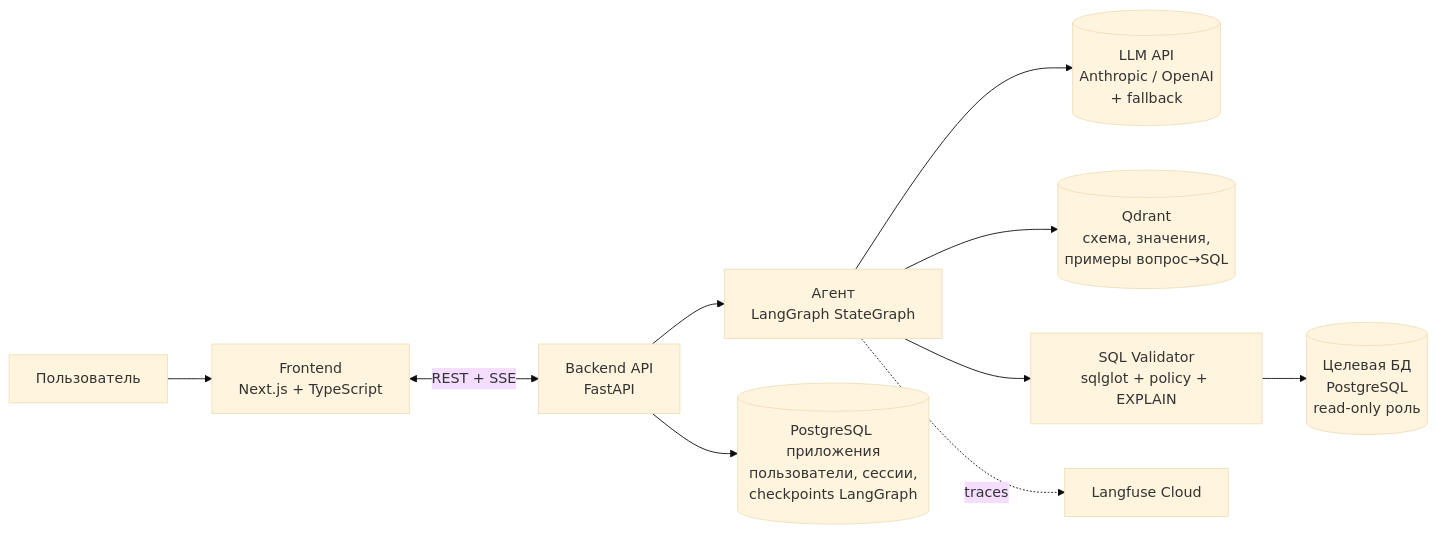
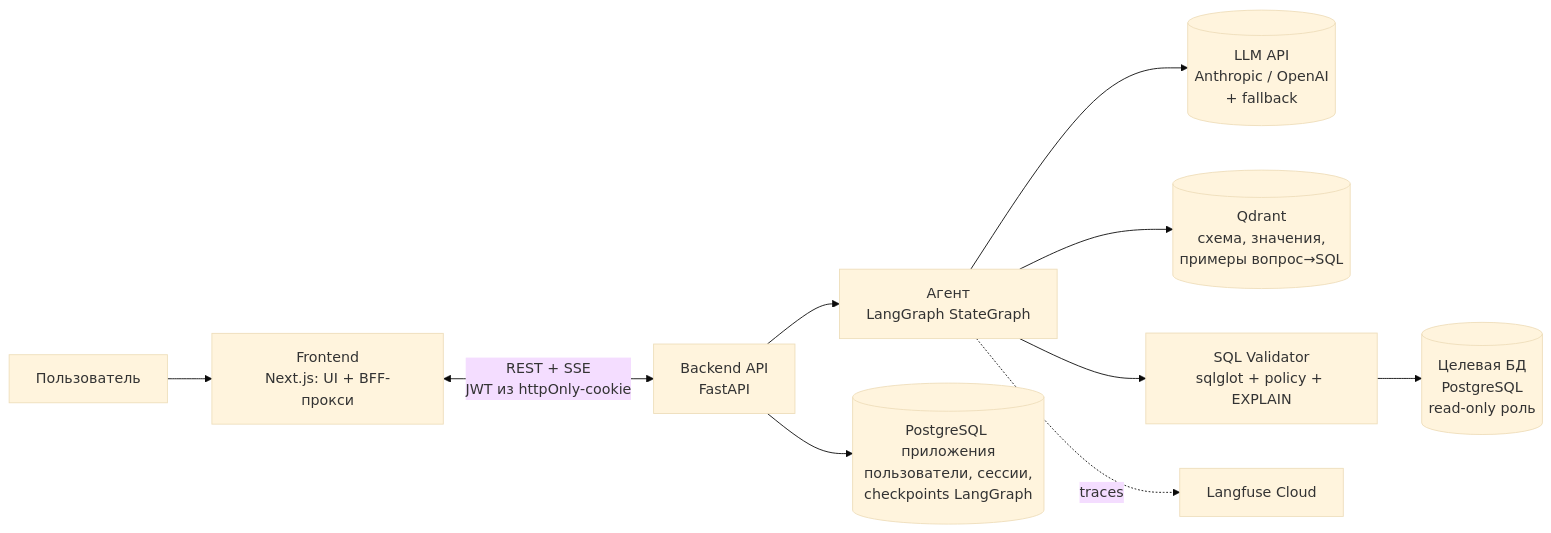
One commit to Abegerov4/Suhbat2DB changed the first of 2 diagrams in README.md. Above: the diagram before and after it, drawn with Mermaid (base theme). The commit also changed other lines of this file and 129 other files, not shown here.

````diff
--- a/README.md
+++ b/README.md
@@ -79,14 +89,14 @@
 ```mermaid
 flowchart LR
-    U[Пользователь] --> FE[Frontend<br/>Next.js + TypeScript]
-    FE <-->|REST + SSE| API[Backend API<br/>FastAPI]
+    U[Пользователь] --> FE[Frontend<br/>Next.js: UI + BFF-прокси]
+    FE <-->|REST + SSE<br/>JWT из httpOnly-cookie| API[Backend API<br/>FastAPI]
     API --> AG[Агент<br/>LangGraph StateGraph]
 
     AG --> LLM[(LLM API<br/>Anthropic / OpenAI<br/>+ fallback)]
     AG --> VEC[(Qdrant<br/>схема, значения,<br/>примеры вопрос→SQL)]
     AG --> VAL[SQL Validator<br/>sqlglot + policy + EXPLAIN]
     VAL --> SBX[(Целевая БД<br/>PostgreSQL<br/>read-only роль)]
 
     API --> APPDB[(PostgreSQL приложения<br/>пользователи, сессии,<br/>checkpoints LangGraph)]
     AG -.traces.-> LF[Langfuse Cloud]
 ```
````
